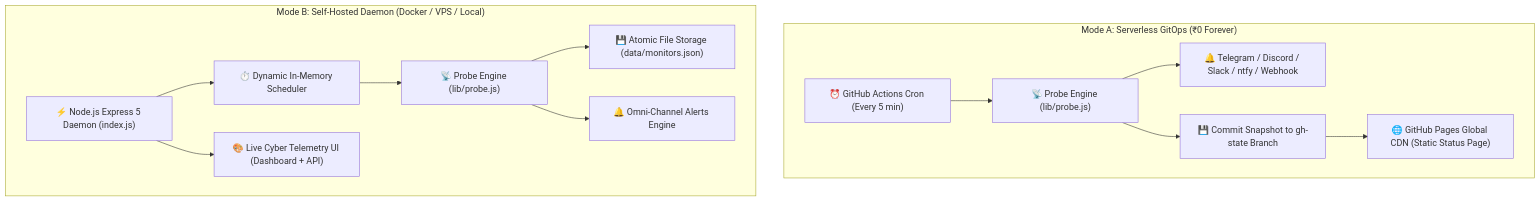
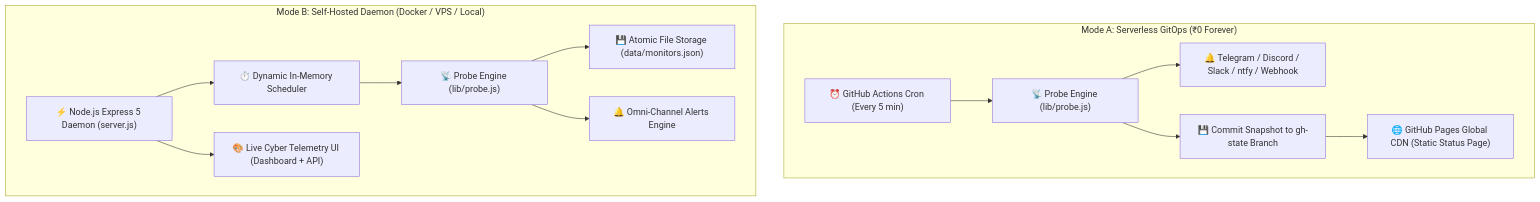
The first of 2 diagrams in README.md (SudhirDevOps1/NovaPulse), drawn with Mermaid before and after one commit. The commit also changed other lines of this file and 2 other files, not shown here.

````diff
--- a/README.md
+++ b/README.md
@@ -87,17 +89,17 @@
 ```mermaid
 flowchart TD
     subgraph ModeA["Mode A: Serverless GitOps (₹0 Forever)"]
         GHA["⏰ GitHub Actions Cron (Every 5 min)"] --> ProbeA["📡 Probe Engine (lib/probe.js)"]
         ProbeA --> NotifyA["🔔 Telegram / Discord / Slack / ntfy / Webhook"]
         ProbeA --> Commit["💾 Commit Snapshot to gh-state Branch"]
         Commit --> Pages["🌐 GitHub Pages Global CDN (Static Status Page)"]
     end
 
     subgraph ModeB["Mode B: Self-Hosted Daemon (Docker / VPS / Local)"]
-        Daemon["⚡ Node.js Express 5 Daemon (index.js)"] --> Scheduler["⏱️ Dynamic In-Memory Scheduler"]
+        Daemon["⚡ Node.js Express 5 Daemon (server.js)"] --> Scheduler["⏱️ Dynamic In-Memory Scheduler"]
         Scheduler --> ProbeB["📡 Probe Engine (lib/probe.js)"]
         ProbeB --> Store["💾 Atomic File Storage (data/monitors.json)"]
         ProbeB --> NotifyB["🔔 Omni-Channel Alerts Engine"]
         Daemon --> Dashboard["🎨 Live Cyber Telemetry UI (Dashboard + API)"]
     end
 ```
````
